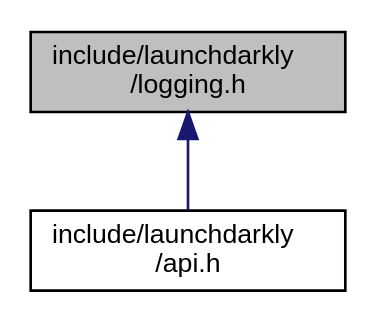
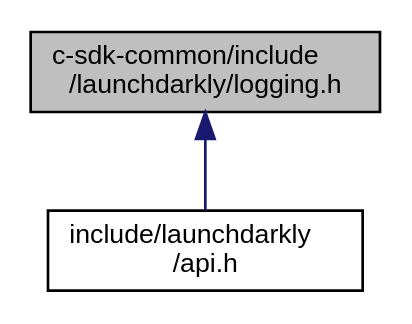
One commit to launchdarkly/c-server-sdk changed the diagram in logging_8h__dep__incl.dot. Above: the diagram before and after it, drawn with Graphviz. The commit also changed 43 other files, not shown here.

```diff
--- a/logging_8h__dep__incl.dot
+++ b/logging_8h__dep__incl.dot
@@ -1,8 +1,8 @@
-digraph "include/launchdarkly/logging.h"
+digraph "c-sdk-common/include/launchdarkly/logging.h"
 {
   edge [fontname="Helvetica",fontsize="10",labelfontname="Helvetica",labelfontsize="10"];
   node [fontname="Helvetica",fontsize="10",shape=record];
-  Node2 [label="include/launchdarkly\l/logging.h",height=0.2,width=0.4,color="black", fillcolor="grey75", style="filled", fontcolor="black"];
+  Node2 [label="c-sdk-common/include\l/launchdarkly/logging.h",height=0.2,width=0.4,color="black", fillcolor="grey75", style="filled", fontcolor="black"];
   Node2 -> Node3 [dir="back",color="midnightblue",fontsize="10",style="solid",fontname="Helvetica"];
   Node3 [label="include/launchdarkly\l/api.h",height=0.2,width=0.4,color="black", fillcolor="white", style="filled",URL="$api_8h.html",tooltip="Public API. Include this for every public operation. "];
 }
```
